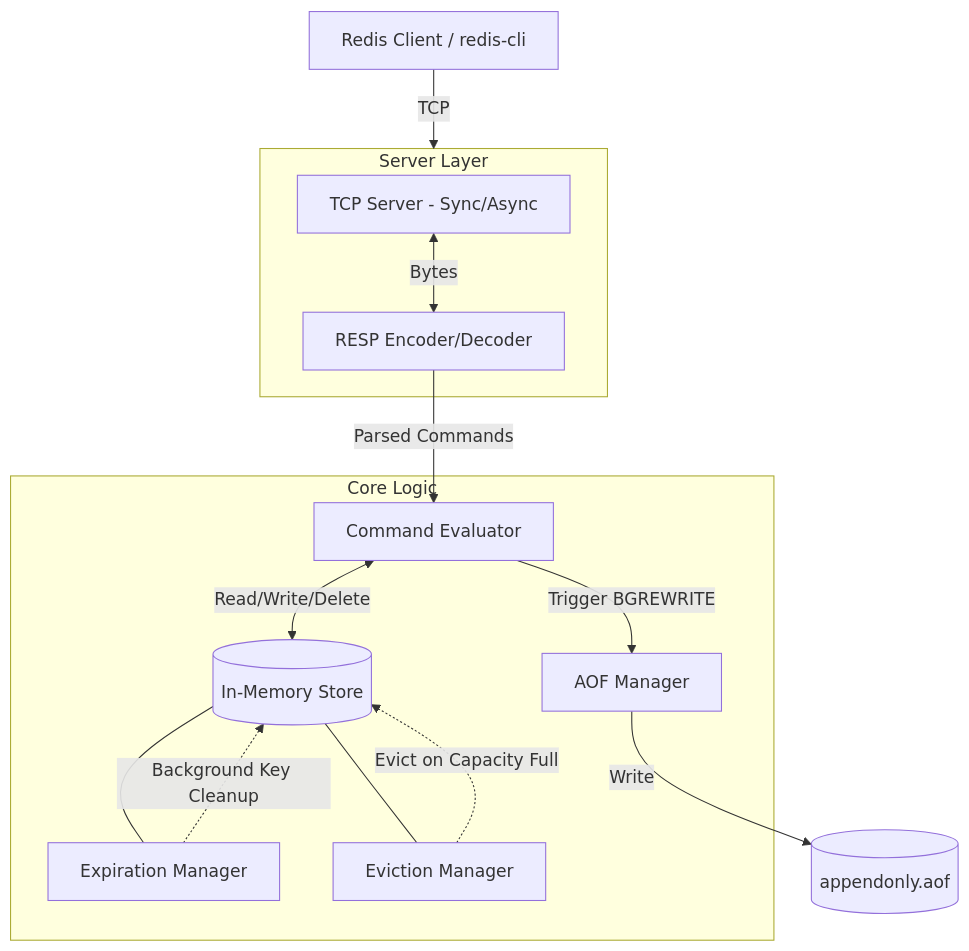
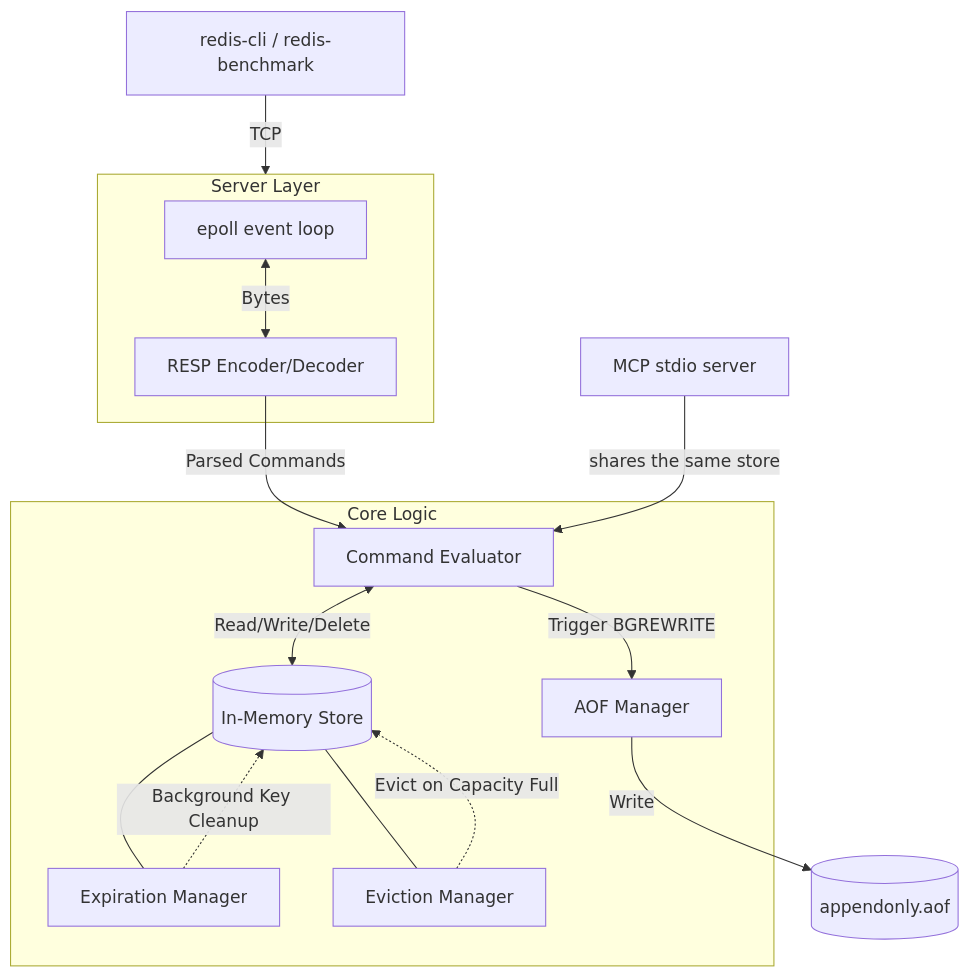
One commit to parth5404/redis-go changed the diagram in README.md. Above: the diagram before and after it, drawn with Mermaid. The commit also changed other lines of this file and 45 other files, not shown here.

Commit message:
refactor: rewrite synchronous TCP server with concurrent connection handling and robust stream parsing

````diff
--- a/README.md
+++ b/README.md
@@ -18,30 +20,31 @@
 ```mermaid
 graph TD
-    Client[Redis Client / redis-cli] -->|TCP| ServerLayer
+    Client[redis-cli / redis-benchmark] -->|TCP| ServerLayer
 
     subgraph ServerLayer [Server Layer]
-        Server[TCP Server - Sync/Async]
+        Server[epoll event loop]
         RESP[RESP Encoder/Decoder]
     end
 
     Server <-->|Bytes| RESP
     RESP -->|Parsed Commands| Evaluator
 
     subgraph CoreLogic [Core Logic]
         Evaluator[Command Evaluator]
         Store[(In-Memory Store)]
         ExpManager[Expiration Manager]
         EvicManager[Eviction Manager]
         AOF[AOF Manager]
     end
 
     Evaluator <-->|Read/Write/Delete| Store
     Store --- ExpManager
     Store --- EvicManager
     Evaluator -->|Trigger BGREWRITE| AOF
     AOF -->|Write| Disk[(appendonly.aof)]
 
-    %% Internal workflows
     ExpManager -.->|Background Key Cleanup| Store
     EvicManager -.->|Evict on Capacity Full| Store
+
+    MCP[MCP stdio server] -->|shares the same store| Evaluator
 ```
````
